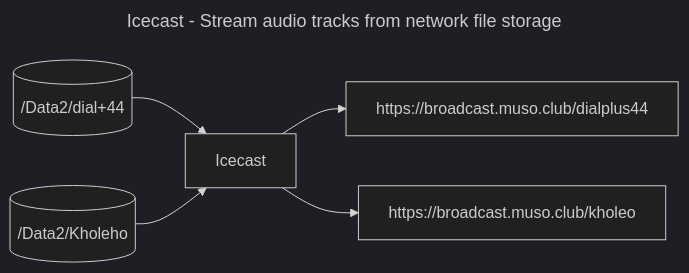
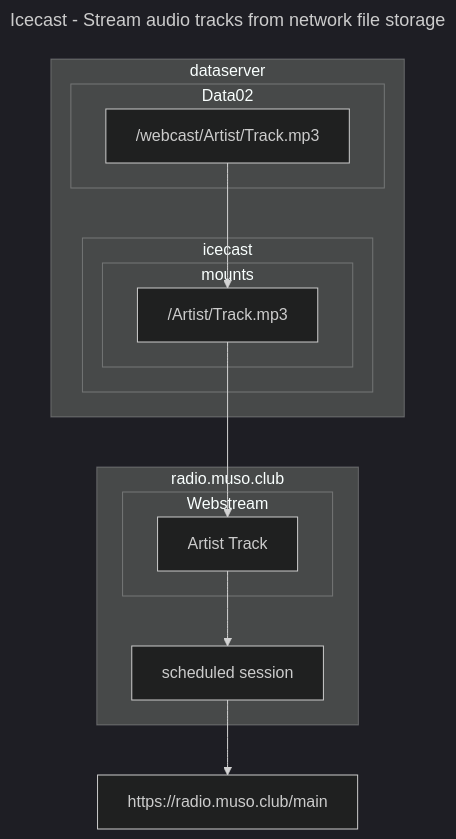
Before and after one commit to MoTTTT/podzone: the first of 5 diagrams in docs/technicalRadio.md, drawn with Mermaid (dark theme). The commit also changed other lines of this file and 6 other files, not shown here.

````diff
--- a/docs/technicalRadio.md
+++ b/docs/technicalRadio.md
@@ -18,8 +18,25 @@
 ```mermaid
 ---
 title: Icecast - Stream audio tracks from network file storage
 ---
-graph LR
-nfs1[(/Data2/dial+44)] --> Icecast --> https://broadcast.muso.club/dialplus44
-nfs2[(/Data2/Kholeho)] --> Icecast --> https://broadcast.muso.club/kholeo
+
+graph TD
+
+subgraph dataserver
+  subgraph Data02
+    /webcast/Artist/Track.mp3
+  end
+  subgraph icecast
+    subgraph mounts
+      /Artist/Track.mp3
+    end
+  end
+end
+subgraph "radio.muso.club"
+  subgraph Webstream
+    T3[Artist Track]
+  end
+  T4[scheduled session]
+end
+/webcast/Artist/Track.mp3 --> /Artist/Track.mp3 --> T3 --> T4 --> https://radio.muso.club/main
 ```
````
